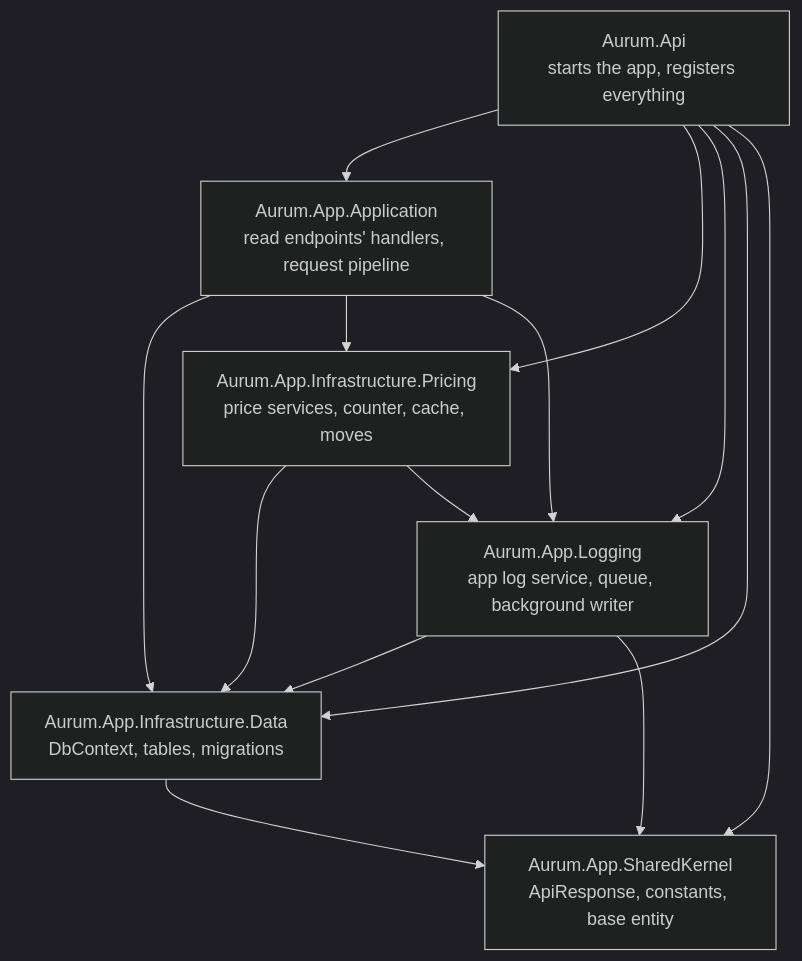
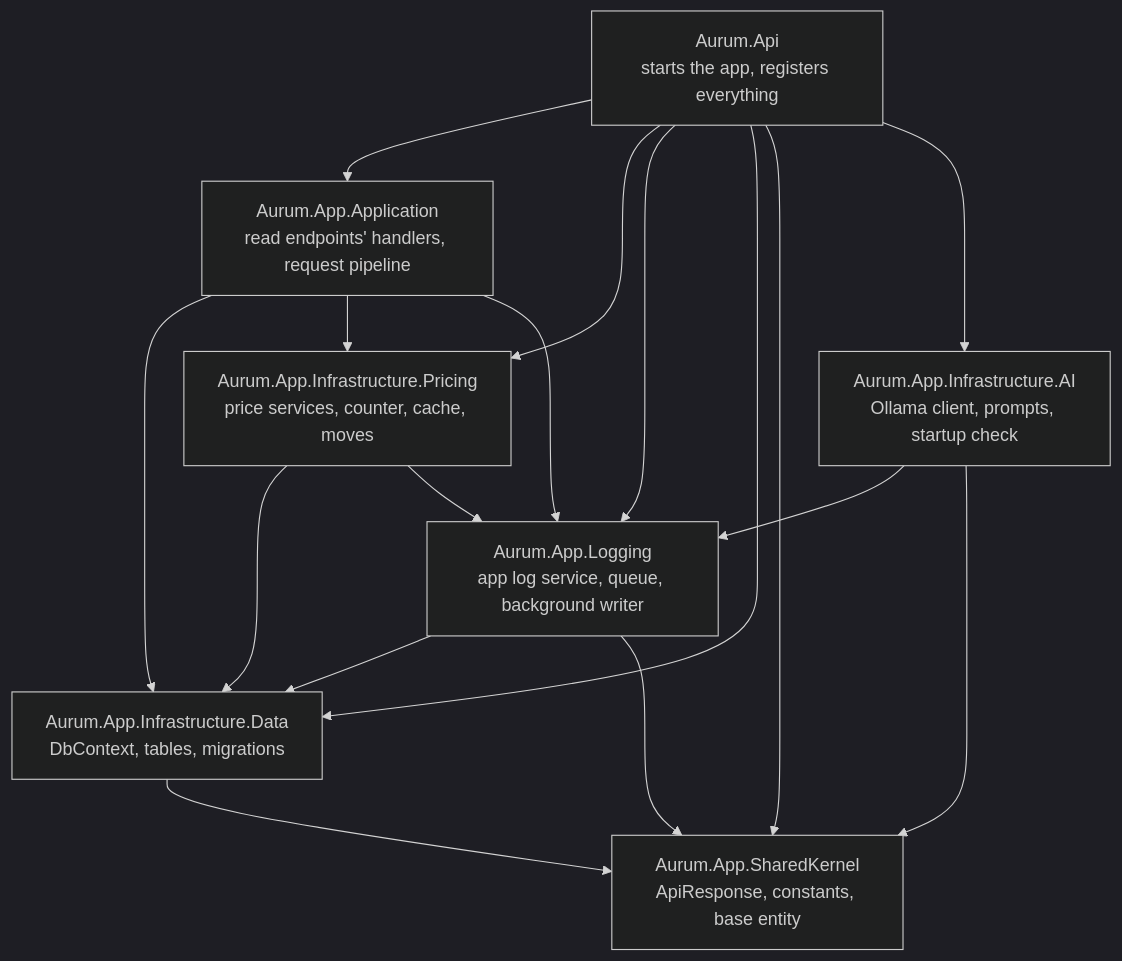
Before and after one commit to avolel/aurum: the second of 4 diagrams in docs/code-overview.md, drawn with Mermaid (dark theme). The commit also changed other lines of this file and 8 other files, not shown here.

First line of the commit message:
Document the Ollama client (D-30)

````diff
--- a/docs/code-overview.md
+++ b/docs/code-overview.md
@@ -190,23 +198,27 @@
 ```mermaid
 flowchart TD
     Api[Aurum.Api<br/>starts the app, registers everything]
     App[Aurum.App.Application<br/>read endpoints' handlers, request pipeline]
     Pricing[Aurum.App.Infrastructure.Pricing<br/>price services, counter, cache, moves]
     Log[Aurum.App.Logging<br/>app log service, queue, background writer]
     Data[Aurum.App.Infrastructure.Data<br/>DbContext, tables, migrations]
+    AI[Aurum.App.Infrastructure.AI<br/>Ollama client, prompts, startup check]
     Kernel[Aurum.App.SharedKernel<br/>ApiResponse, constants, base entity]
 
     Api --> App
     Api --> Pricing
     Api --> Log
     Api --> Data
     Api --> Kernel
+    Api --> AI
     App --> Data
     App --> Pricing
     App --> Log
     Pricing --> Data
     Pricing --> Log
+    AI --> Log
+    AI --> Kernel
     Log --> Data
     Log --> Kernel
     Data --> Kernel
 ```
````
